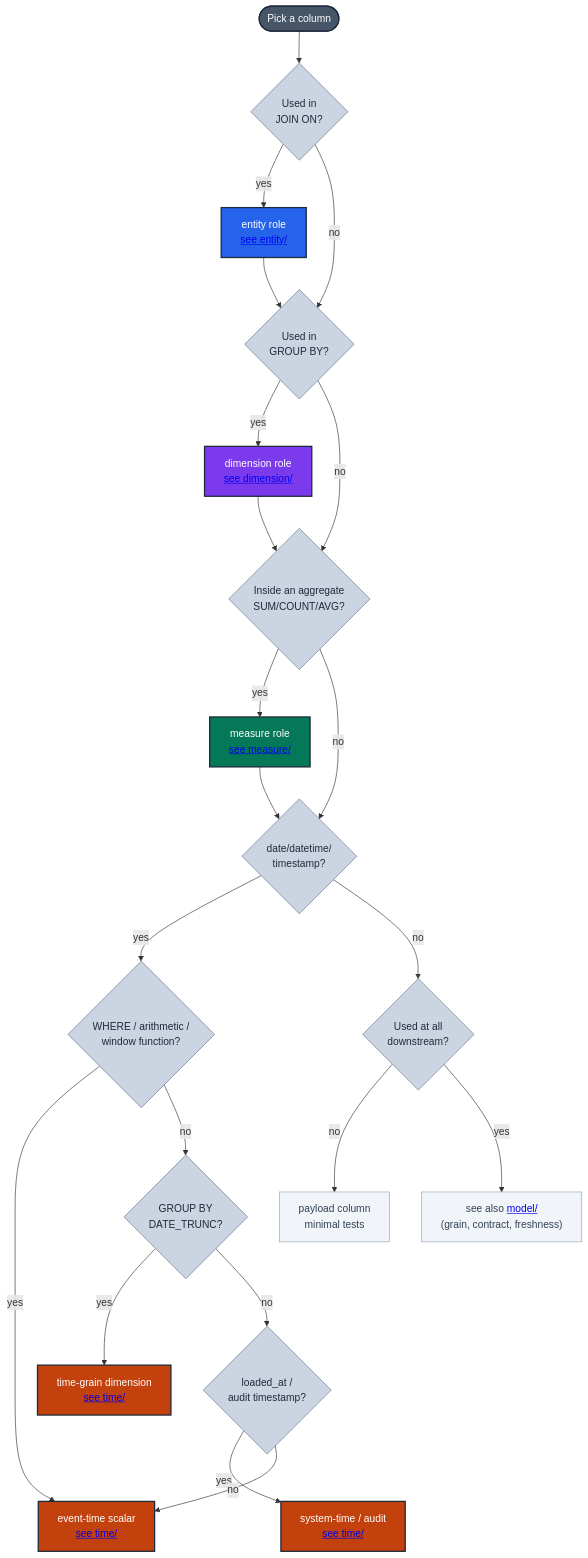
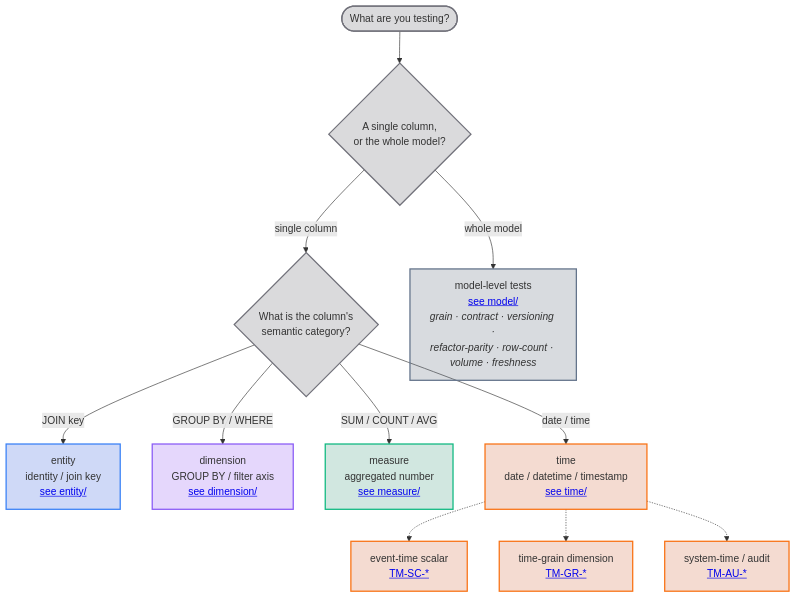
Before and after one commit to neozenith/dbt-gcp-jaffleshop: the first of 2 diagrams in docs/guides/testing_taxonomy/README.md, drawn with Mermaid. The commit also changed other lines of this file and 36 other files, not shown here.

First line of the commit message:
docs(taxonomy): rework guide entry-point + WCAG-AAA dual-theme mermaid palette (#19)

````diff
--- a/docs/guides/testing_taxonomy/README.md
+++ b/docs/guides/testing_taxonomy/README.md
@@ -51,51 +28,45 @@
 ```mermaid
 flowchart TD
-    start(["Pick a column"]):::start
+    start(["What are you testing?"]):::start
 
-    q1{"Used in<br/>JOIN ON?"}:::q
-    q2{"Used in<br/>GROUP BY?"}:::q
-    q3{"Inside an aggregate<br/>SUM/COUNT/AVG?"}:::q
-    q4{"date/datetime/<br/>timestamp?"}:::q
-    qFree{"Used at all<br/>downstream?"}:::q
+    q1{"A single column,<br/>or the whole model?"}:::q
+    q2{"What is the column's<br/>semantic category?"}:::q
 
-    entity["entity role<br/><a href='./entity/README.md'>see entity/</a>"]:::entity
-    dim["dimension role<br/><a href='./dimension/README.md'>see dimension/</a>"]:::dim
-    meas["measure role<br/><a href='./measure/README.md'>see measure/</a>"]:::meas
+    model["model-level tests<br/><a href='./model/README.md'>see model/</a><br/><i>grain · contract · versioning ·<br/>refactor-parity · row-count · volume · freshness</i>"]:::model
 
-    q4a{"WHERE / arithmetic /<br/>window function?"}:::q
-    q4b{"GROUP BY<br/>DATE_TRUNC?"}:::q
-    q4c{"loaded_at /<br/>audit timestamp?"}:::q
+    entity["entity<br/>identity / join key<br/><a href='./entity/README.md'>see entity/</a>"]:::entity
+    dim["dimension<br/>GROUP BY / filter axis<br/><a href='./dimension/README.md'>see dimension/</a>"]:::dim
+    meas["measure<br/>aggregated number<br/><a href='./measure/README.md'>see measure/</a>"]:::meas
+    time["time<br/>date / datetime / timestamp<br/><a href='./time/README.md'>see time/</a>"]:::time
 
-    tscalar["event-time scalar<br/><a href='./time/TM-SC-01-event-time-bounds.md'>see time/</a>"]:::time
-    tdim["time-grain dimension<br/><a href='./time/TM-GR-01-calendar-spine.md'>see time/</a>"]:::time
-    taudit["system-time / audit<br/><a href='./time/TM-AU-01-freshness-source-and-model.md'>see time/</a>"]:::time
-
-    payload["payload column<br/>minimal tests"]:::neutral
-    model["see also <a href='./model/README.md'>model/</a><br/>(grain, contract, freshness)"]:::neutral
+    tscalar["event-time scalar<br/><a href='./time/TM-SC-01-event-time-bounds.md'>TM-SC-*</a>"]:::time
+    tdim["time-grain dimension<br/><a href='./time/TM-GR-01-calendar-spine.md'>TM-GR-*</a>"]:::time
+    taudit["system-time / audit<br/><a href='./time/TM-AU-01-freshness-source-and-model.md'>TM-AU-*</a>"]:::time
 
     start --> q1
-    q1 -- yes --> entity --> q2
-    q1 -- no --> q2
-    q2 -- yes --> dim --> q3
-    q2 -- no --> q3
-    q3 -- yes --> meas --> q4
-    q3 -- no --> q4
-    q4 -- yes --> q4a
-    q4 -- no --> qFree
-    q4a -- yes --> tscalar
-    q4a -- no --> q4b
-    q4b -- yes --> tdim
-    q4b -- no --> q4c
-    q4c -- yes --> taudit
-    q4c -- no --> tscalar
-    qFree -- no --> payload
-    qFree -- yes --> model
+    q1 -- "whole model" --> model
+    q1 -- "single column" --> q2
+    q2 -- "JOIN key" --> entity
+    q2 -- "GROUP BY / WHERE" --> dim
+    q2 -- "SUM / COUNT / AVG" --> meas
+    q2 -- "date / time" --> time
+    time -.-> tscalar
+    time -.-> tdim
+    time -.-> taudit
 
-    classDef start   fill:#475569,stroke:#1e293b,color:#fff,stroke-width:2px
-    classDef q       fill:#cbd5e1,stroke:#64748b,color:#1e293b,stroke-width:1px
-    classDef entity  fill:#2563eb,stroke:#1e293b,color:#fff,stroke-width:2px
-    classDef dim     fill:#7c3aed,stroke:#1e293b,color:#fff,stroke-width:2px
-    classDef meas    fill:#047857,stroke:#1e293b,color:#fff,stroke-width:2px
-    classDef time    fill:#c2410c,stroke:#1e293b,color:#fff,stroke-width:2px
-    classDef neutral fill:#f1f5f9,stroke:#94a3b8,color:#334155,stroke-width:1px
+    %% Colour strategy (WCAG AAA in BOTH MkDocs themes):
+    %% MkDocs-Material forces the mermaid LABEL text colour per theme (dark #36464e in
+    %% light, light grey in dark) and overrides any classDef `color:`. So we DON'T set
+    %% `color:` — we anchor to Material's text and instead make the FILL translucent
+    %% (8-digit-hex alpha ≈0.20) so the page background bleeds through: each box is a
+    %% pale tint on white and a dark tint on the slate-dark bg, keeping the forced text
+    %% at ≥7:1 in both themes. The opaque vivid stroke carries the category hue.
+    %% Alphas solved + verified (colorjs.io) — see the change that introduced this.
+    classDef start   fill:#52525b36,stroke:#71717a,stroke-width:2px
+    classDef q       fill:#52525b36,stroke:#71717a,stroke-width:2px
+    classDef entity  fill:#1d4ed836,stroke:#3b82f6,stroke-width:2px
+    classDef dim     fill:#7c3aed33,stroke:#8b5cf6,stroke-width:2px
+    classDef meas    fill:#0478572e,stroke:#10b981,stroke-width:2px
+    classDef time    fill:#c2410c30,stroke:#f97316,stroke-width:2px
+    classDef model   fill:#47556936,stroke:#64748b,stroke-width:2px
 ```
````
